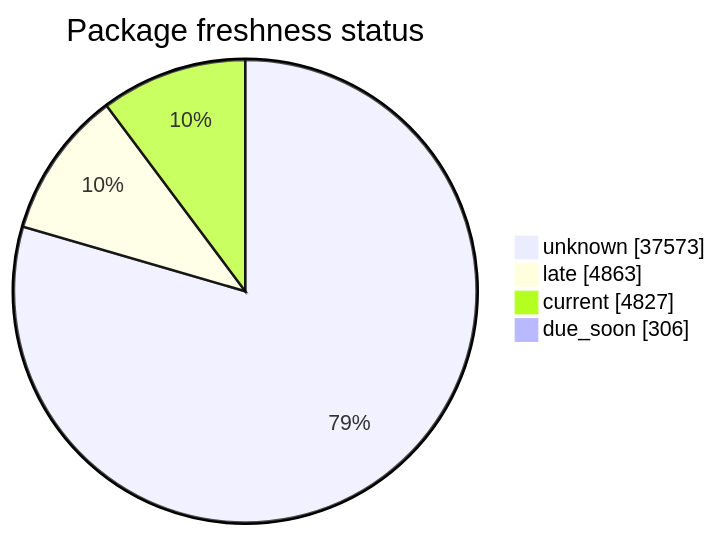
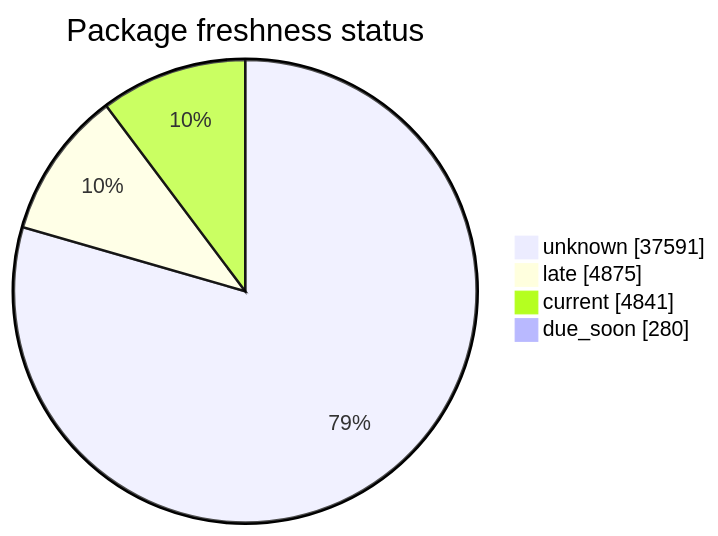
Before and after one commit to open-data/analytics-corporate-reporting: the second of 5 diagrams in FreshCheck/README.md, drawn with Mermaid. The commit also changed other lines of this file and 3 other files, not shown here.

````diff
--- a/FreshCheck/README.md
+++ b/FreshCheck/README.md
@@ -69,7 +69,7 @@
 ```mermaid
 pie showData title Package freshness status
-    "unknown": 37573
-    "late": 4863
-    "current": 4827
-    "due_soon": 306
+    "unknown": 37591
+    "late": 4875
+    "current": 4841
+    "due_soon": 280
 ```
````
